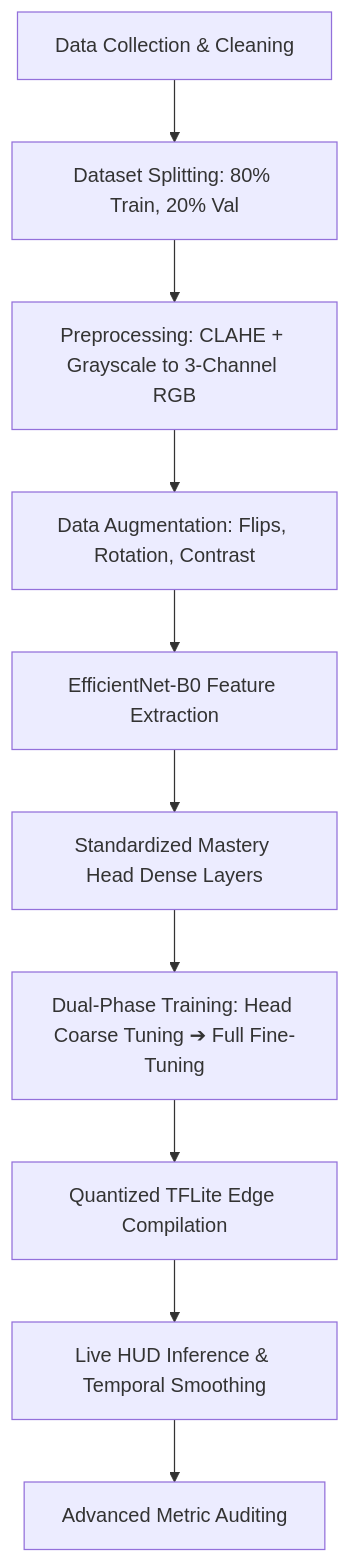
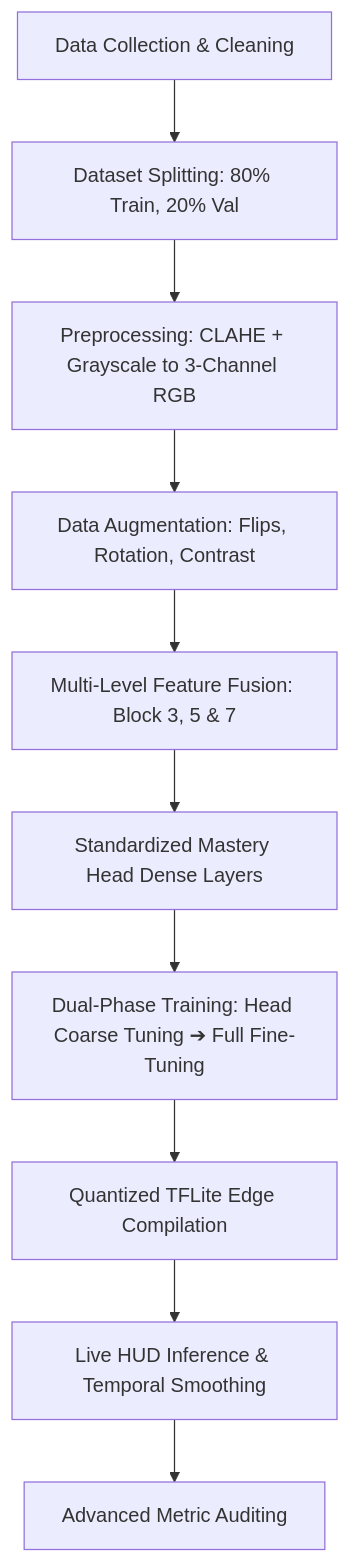
One commit to vijaymahes9080/DL_efficientnet_mobilenet_imagenet_yolo changed the diagram in DL - efficientnet b0/PROJECT_SUMMARY.md. Above: the diagram before and after it, drawn with Mermaid. The commit also changed other lines of this file, not shown here.

Commit message:
Update PROJECT_SUMMARY documentation with Multi-Level Feature Fusion details

````diff
--- a/DL - efficientnet b0/PROJECT_SUMMARY.md
+++ b/DL - efficientnet b0/PROJECT_SUMMARY.md
@@ -10,12 +10,12 @@
 ```mermaid
 graph TD
     A[Data Collection & Cleaning] --> B[Dataset Splitting: 80% Train, 20% Val]
     B --> C[Preprocessing: CLAHE + Grayscale to 3-Channel RGB]
     C --> D[Data Augmentation: Flips, Rotation, Contrast]
-    D --> E[EfficientNet-B0 Feature Extraction]
+    D --> E[Multi-Level Feature Fusion: Block 3, 5 & 7]
     E --> F[Standardized Mastery Head Dense Layers]
     F --> G[Dual-Phase Training: Head Coarse Tuning ➔ Full Fine-Tuning]
     G --> H[Quantized TFLite Edge Compilation]
     H --> I[Live HUD Inference & Temporal Smoothing]
     I --> J[Advanced Metric Auditing]
 ```
````
